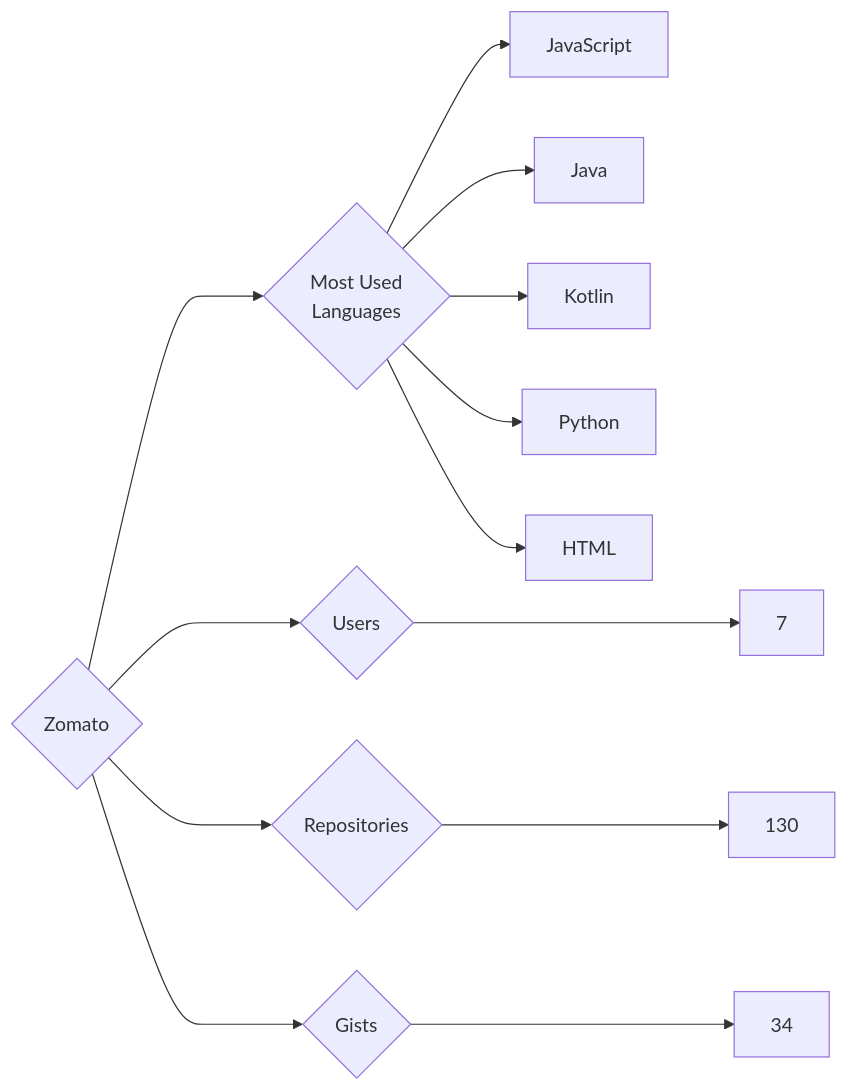
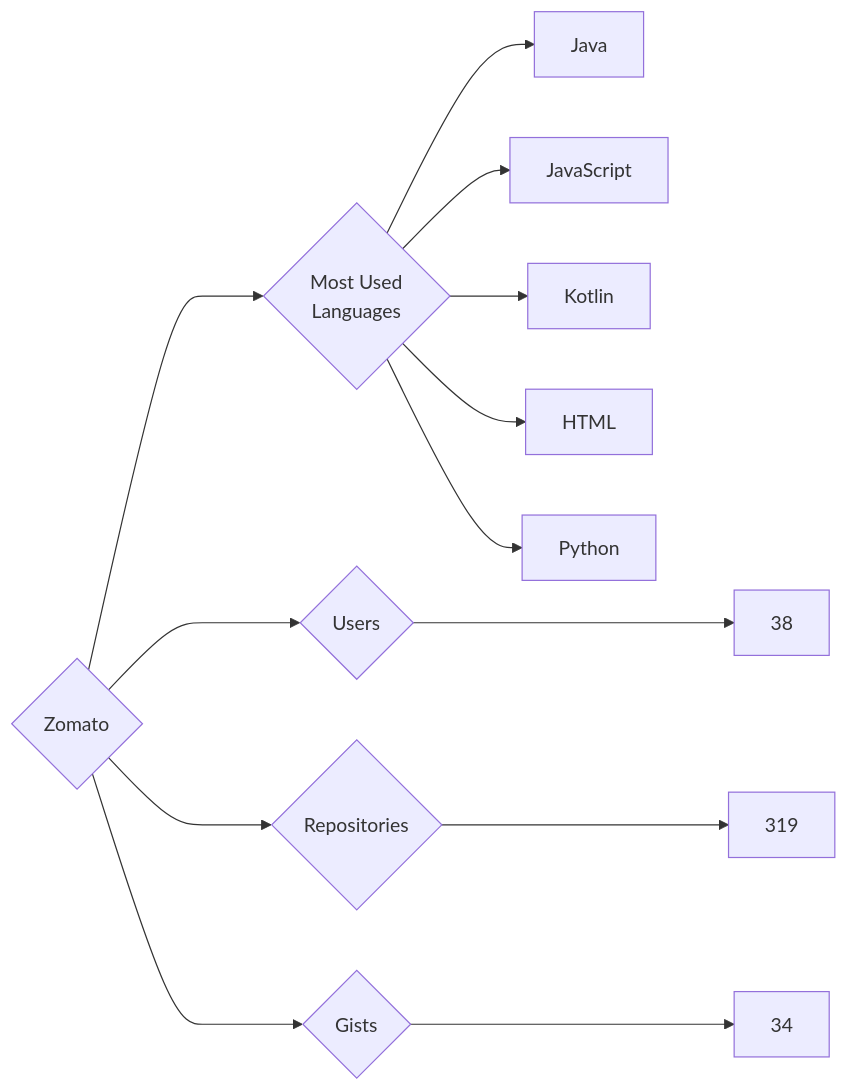
The diagram in targets/Zomato/README.md (trickest/insiders), drawn with Mermaid before and after one commit. The commit also changed 681 other files, not shown here.

````diff
--- a/targets/Zomato/README.md
+++ b/targets/Zomato/README.md
@@ -3,13 +3,13 @@
 ```mermaid
 graph LR
 COMPANY_NAME{Zomato}
-COMPANY_NAME ---> U{Users} ---> UN[7]
-COMPANY_NAME ---> R{Repositories} ---> RN[130]
+COMPANY_NAME ---> U{Users} ---> UN[38]
+COMPANY_NAME ---> R{Repositories} ---> RN[319]
 COMPANY_NAME ---> G{Gists} ---> GN[34]
 COMPANY_NAME ---> ML{Most Used<br>Languages}
+ML --> Java[Java]
 ML --> JavaScript[JavaScript]
-ML --> Java[Java]
 ML --> Kotlin[Kotlin]
+ML --> HTML[HTML]
 ML --> Python[Python]
-ML --> HTML[HTML]
 ```
````
